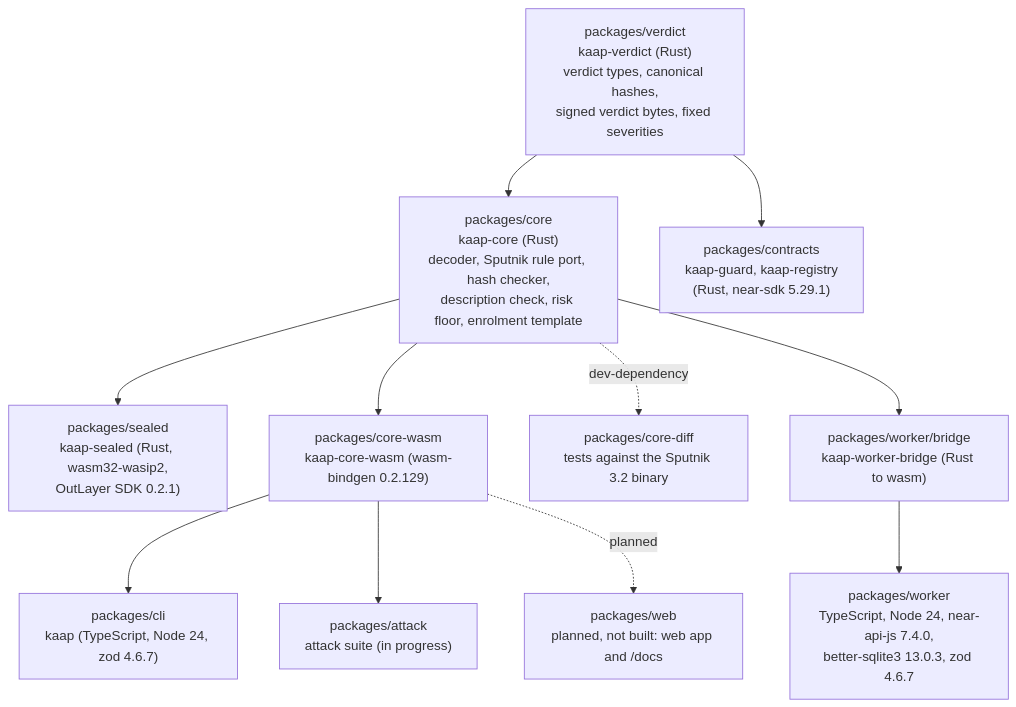
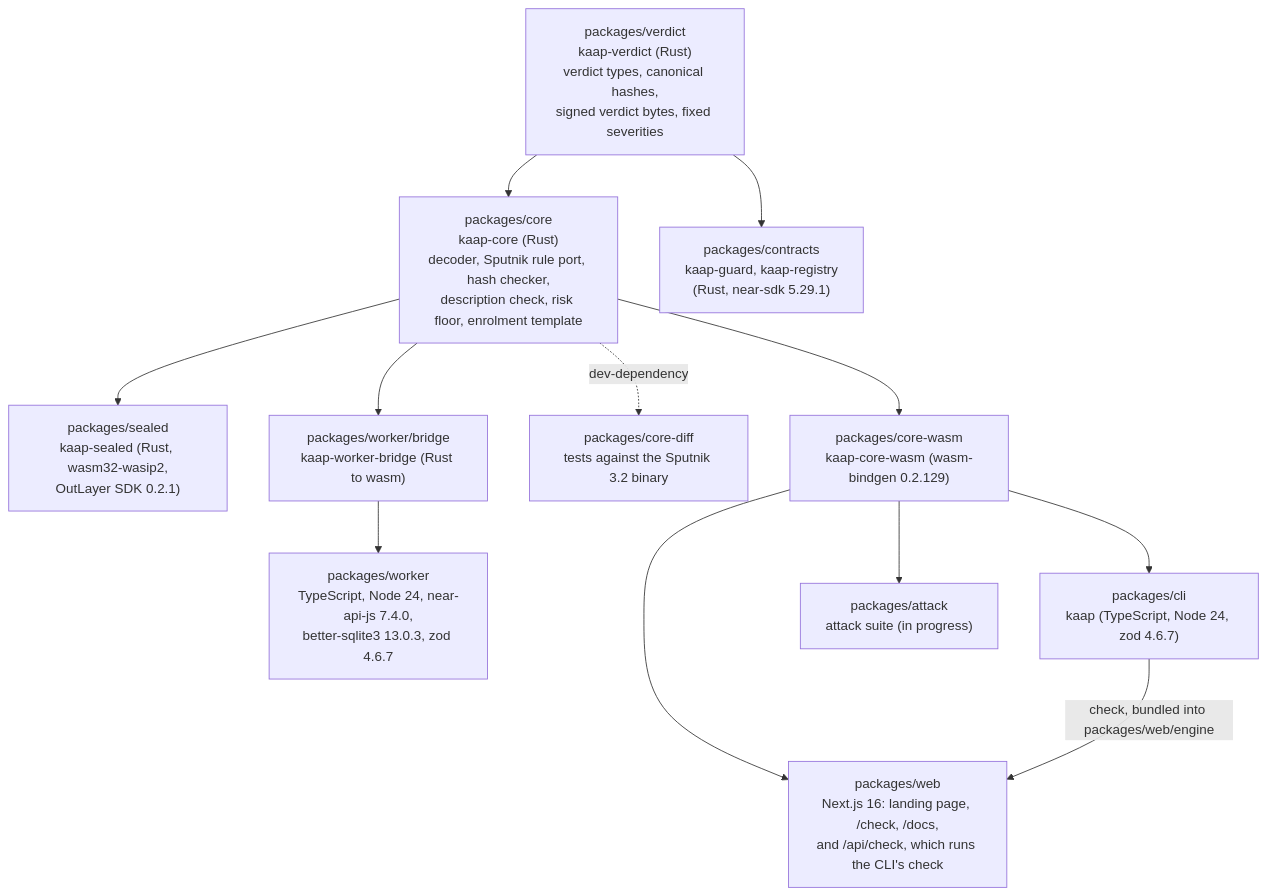
One commit to ramakrishnanhulk20/kaap changed the third of 3 diagrams in ARCHITECTURE.md. Above: the diagram before and after it, drawn with Mermaid. The commit also changed other lines of this file, not shown here.

Commit message:
bring the architecture page up to date

````diff
--- a/ARCHITECTURE.md
+++ b/ARCHITECTURE.md
@@ -111,25 +112,26 @@
 ```mermaid
 flowchart TB
   VERDICT["packages/verdict<br/>kaap-verdict (Rust)<br/>verdict types, canonical hashes,<br/>signed verdict bytes, fixed severities"]
   CORE["packages/core<br/>kaap-core (Rust)<br/>decoder, Sputnik rule port, hash checker,<br/>description check, risk floor, enrolment template"]
   CONTRACTS["packages/contracts<br/>kaap-guard, kaap-registry<br/>(Rust, near-sdk 5.29.1)"]
   SEALED["packages/sealed<br/>kaap-sealed (Rust, wasm32-wasip2,<br/>OutLayer SDK 0.2.1)"]
   WASM["packages/core-wasm<br/>kaap-core-wasm (wasm-bindgen 0.2.129)"]
   DIFF["packages/core-diff<br/>tests against the Sputnik 3.2 binary"]
   BRIDGE["packages/worker/bridge<br/>kaap-worker-bridge (Rust to wasm)"]
   WORKER["packages/worker<br/>TypeScript, Node 24, near-api-js 7.4.0,<br/>better-sqlite3 13.0.3, zod 4.6.7"]
   CLI["packages/cli<br/>kaap (TypeScript, Node 24, zod 4.6.7)"]
   ATTACK["packages/attack<br/>attack suite (in progress)"]
-  WEB["packages/web<br/>planned, not built: web app and /docs"]
+  WEB["packages/web<br/>Next.js 16: landing page, /check, /docs,<br/>and /api/check, which runs the CLI's check"]
 
   VERDICT --> CORE
   VERDICT --> CONTRACTS
   CORE --> SEALED
   CORE --> WASM
   CORE --> BRIDGE
   CORE -. "dev-dependency" .-> DIFF
   BRIDGE --> WORKER
   WASM --> CLI
   WASM --> ATTACK
-  WASM -. "planned" .-> WEB
+  WASM --> WEB
+  CLI -- "check, bundled into packages/web/engine" --> WEB
 ```
````
